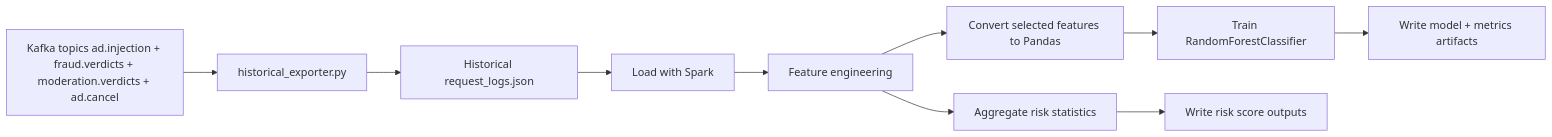
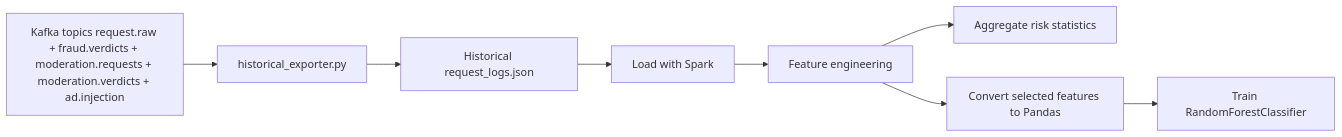
One commit to IamMistake/ai-ad-request-safety-pipeline changed the diagram in docs/spark_analytics.md. Above: the diagram before and after it, drawn with Mermaid. The commit also changed other lines of this file and 45 other files, not shown here.

Commit message:
rework pipeline into sequential fraud moderation flow

````diff
--- a/docs/spark_analytics.md
+++ b/docs/spark_analytics.md
@@ -32,12 +12,10 @@
 ```mermaid
 flowchart LR
-    A[Kafka topics ad.injection + fraud.verdicts + moderation.verdicts + ad.cancel] --> B[historical_exporter.py]
+    A[Kafka topics request.raw + fraud.verdicts + moderation.requests + moderation.verdicts + ad.injection] --> B[historical_exporter.py]
     B --> C[Historical request_logs.json]
     C --> D[Load with Spark]
     D --> E[Feature engineering]
     E --> F[Aggregate risk statistics]
     E --> G[Convert selected features to Pandas]
     G --> H[Train RandomForestClassifier]
-    F --> I[Write risk score outputs]
-    H --> J[Write model + metrics artifacts]
 ```
````
